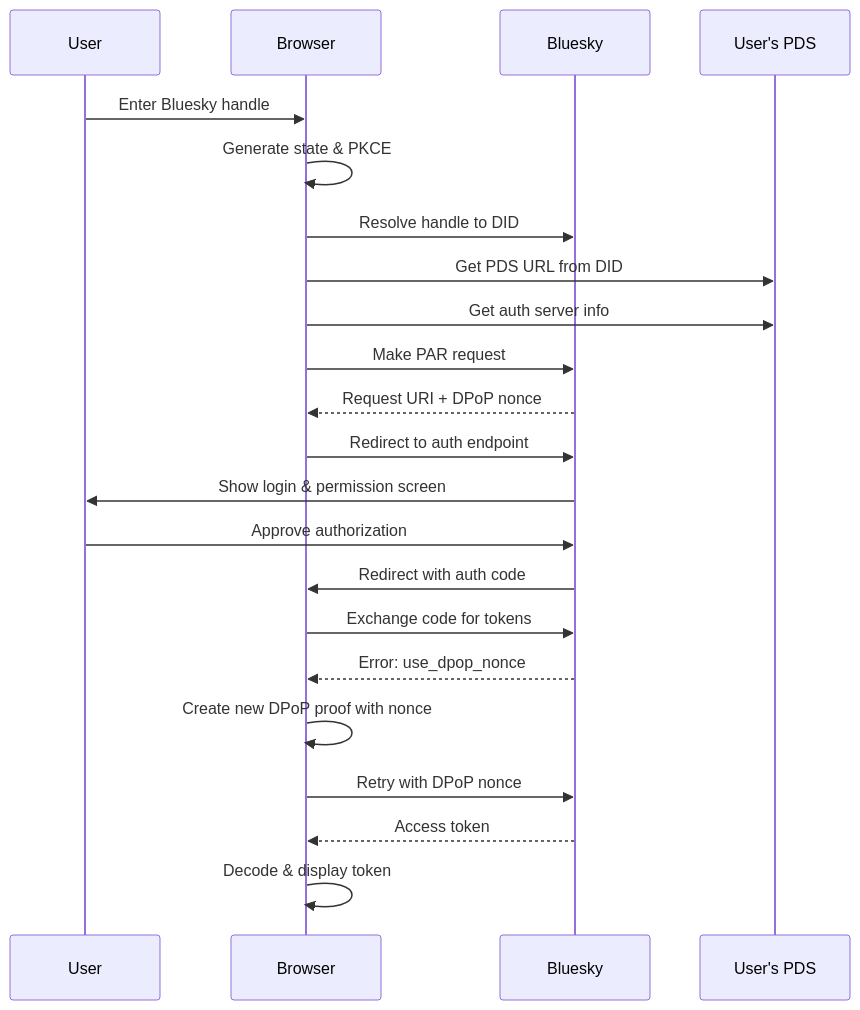
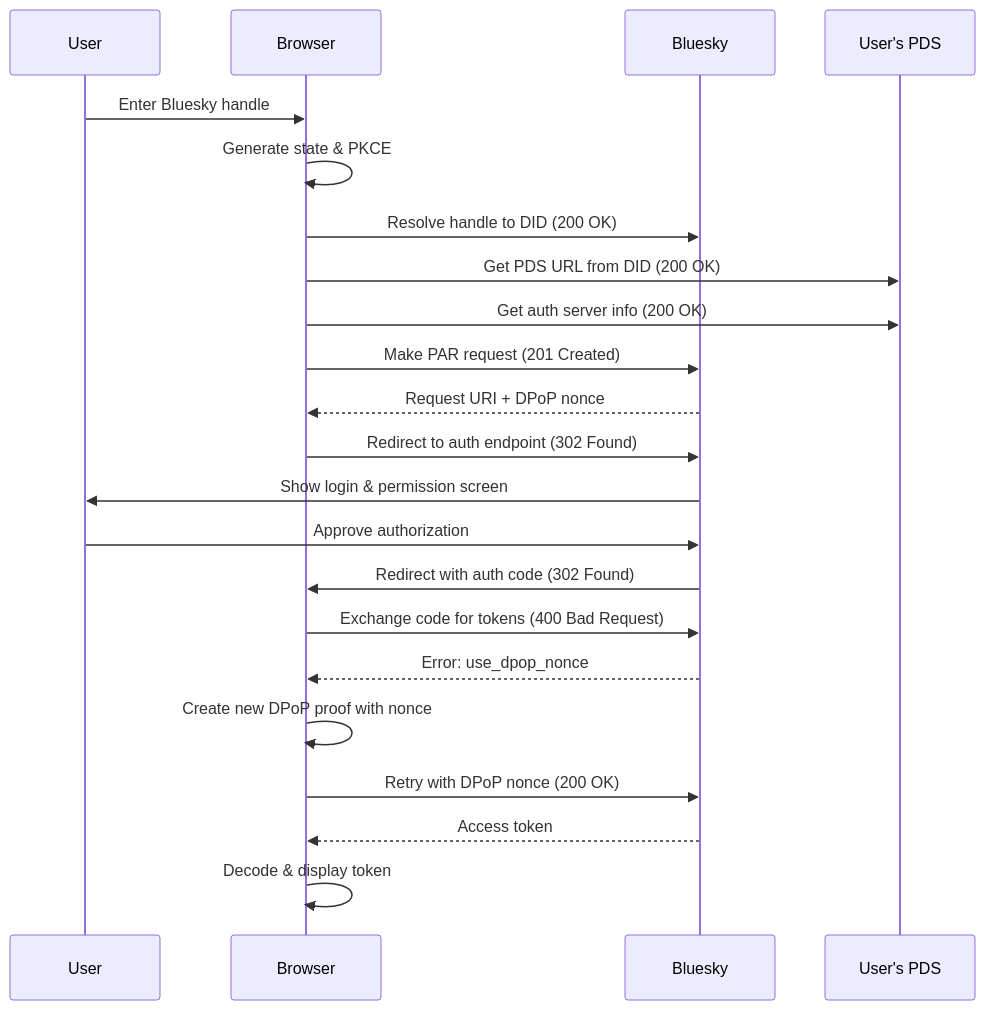
The diagram in README.md (fjcloud/bsky-oauth-poc), drawn with Mermaid before and after one commit. The commit also changed other lines of this file, not shown here.

````diff
--- a/README.md
+++ b/README.md
@@ -17,25 +17,25 @@
 ```mermaid
 sequenceDiagram
     participant User
     participant Browser
     participant Bluesky
     participant PDS as User's PDS
 
     User->>Browser: Enter Bluesky handle
     Browser->>Browser: Generate state & PKCE
-    Browser->>Bluesky: Resolve handle to DID
-    Browser->>PDS: Get PDS URL from DID
-    Browser->>PDS: Get auth server info
-    Browser->>Bluesky: Make PAR request
+    Browser->>Bluesky: Resolve handle to DID (200 OK)
+    Browser->>PDS: Get PDS URL from DID (200 OK)
+    Browser->>PDS: Get auth server info (200 OK)
+    Browser->>Bluesky: Make PAR request (201 Created)
     Bluesky-->>Browser: Request URI + DPoP nonce
-    Browser->>Bluesky: Redirect to auth endpoint
+    Browser->>Bluesky: Redirect to auth endpoint (302 Found)
     Bluesky->>User: Show login & permission screen
     User->>Bluesky: Approve authorization
-    Bluesky->>Browser: Redirect with auth code
-    Browser->>Bluesky: Exchange code for tokens
+    Bluesky->>Browser: Redirect with auth code (302 Found)
+    Browser->>Bluesky: Exchange code for tokens (400 Bad Request)
     Bluesky-->>Browser: Error: use_dpop_nonce
     Browser->>Browser: Create new DPoP proof with nonce
-    Browser->>Bluesky: Retry with DPoP nonce
+    Browser->>Bluesky: Retry with DPoP nonce (200 OK)
     Bluesky-->>Browser: Access token
     Browser->>Browser: Decode & display token
 ```
````
